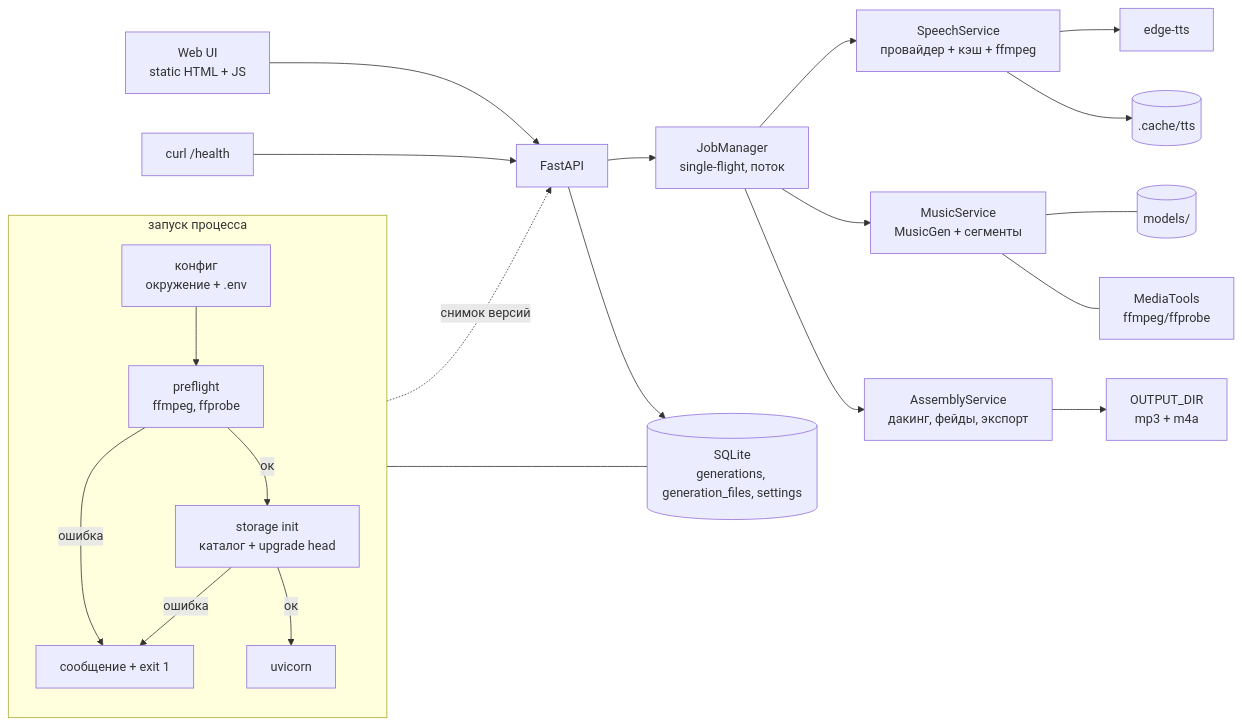
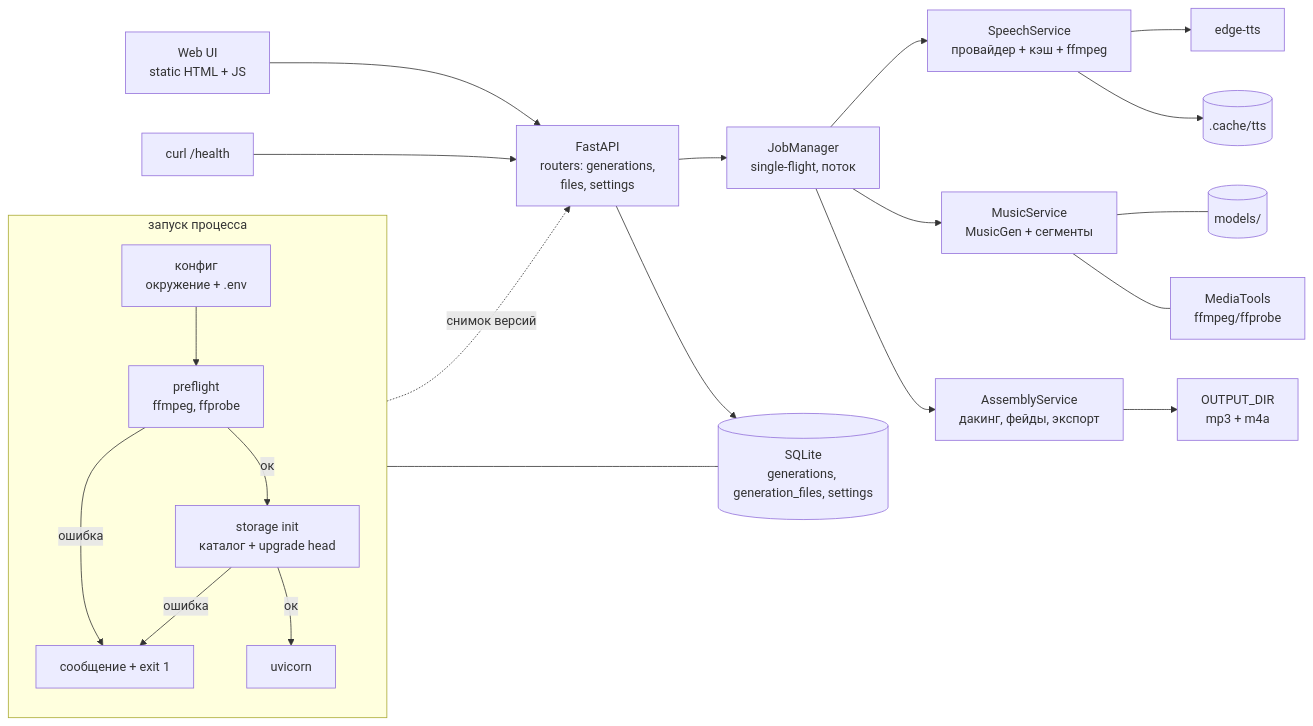
Before and after one commit to tuch-ka/muzifikator: the first of 2 diagrams in docs/architecture.md, drawn with Mermaid. The commit also changed other lines of this file and 13 other files, not shown here.

First line of the commit message:
MUZ-11: feat: add files and settings API with job defaults

````diff
--- a/docs/architecture.md
+++ b/docs/architecture.md
@@ -8,25 +8,25 @@
 ```mermaid
 flowchart LR
     subgraph START["запуск процесса"]
         direction TB
         CFG["конфиг<br/>окружение + .env"] --> PF["preflight<br/>ffmpeg, ffprobe"]
         PF -->|"ок"| ST["storage init<br/>каталог + upgrade head"]
         PF -->|"ошибка"| EXIT["сообщение + exit 1"]
         ST -->|"ок"| APP["uvicorn"]
         ST -->|"ошибка"| EXIT
     end
-    UI["Web UI<br/>static HTML + JS"] --> API["FastAPI"]
+    UI["Web UI<br/>static HTML + JS"] --> API["FastAPI<br/>routers: generations,<br/>files, settings"]
     OPS["curl /health"] --> API
     API --> JOB["JobManager<br/>single-flight, поток"]
     JOB --> SPEECH["SpeechService<br/>провайдер + кэш + ffmpeg"]
     SPEECH --> TTS["edge-tts"]
     SPEECH --> CACHE[(".cache/tts")]
     JOB --> MUS["MusicService<br/>MusicGen + сегменты"]
     MUS --- WEIGHTS[("models/")]
     MUS --- MEDIA["MediaTools<br/>ffmpeg/ffprobe"]
     JOB --> MIX["AssemblyService<br/>дакинг, фейды, экспорт"]
     MIX --> OUT["OUTPUT_DIR<br/>mp3 + m4a"]
     API --> DB[("SQLite<br/>generations, generation_files, settings")]
     ST --- DB
     PF -.->|"снимок версий"| API
 ```
````
